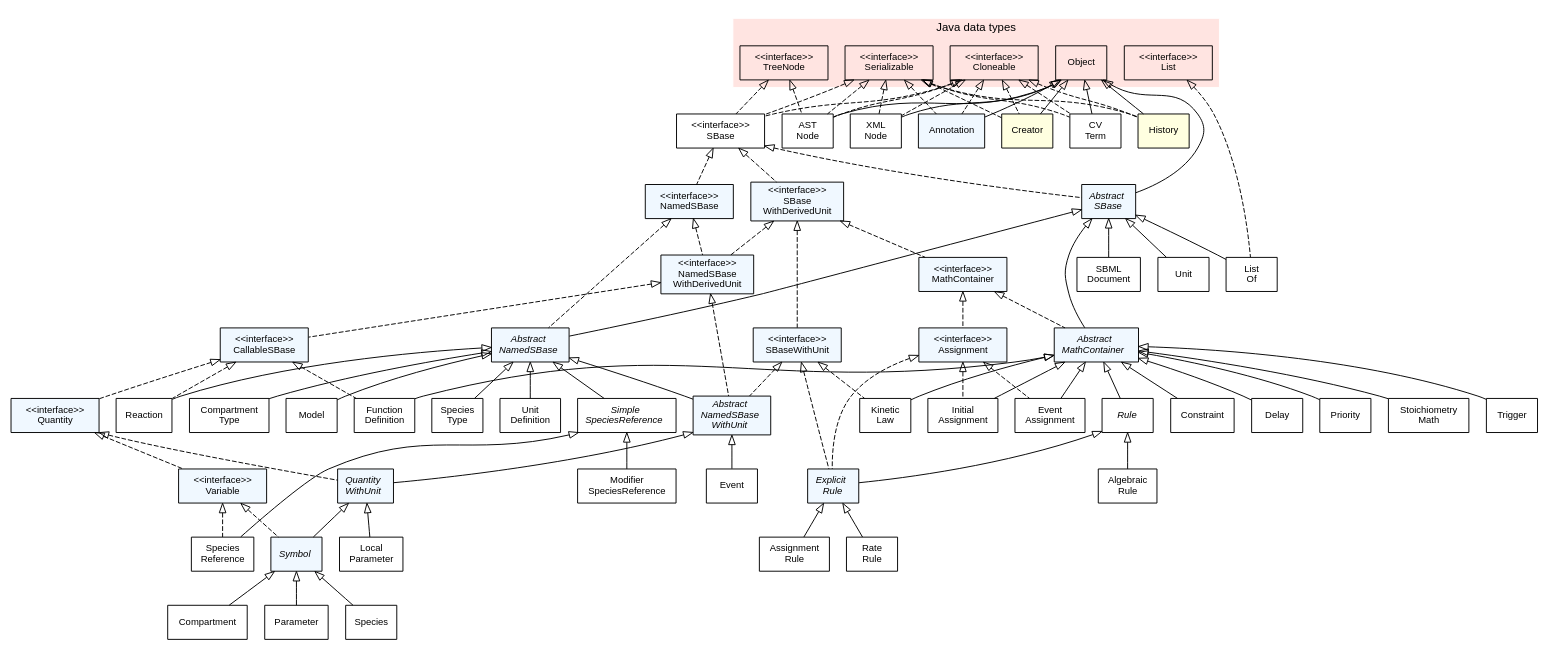
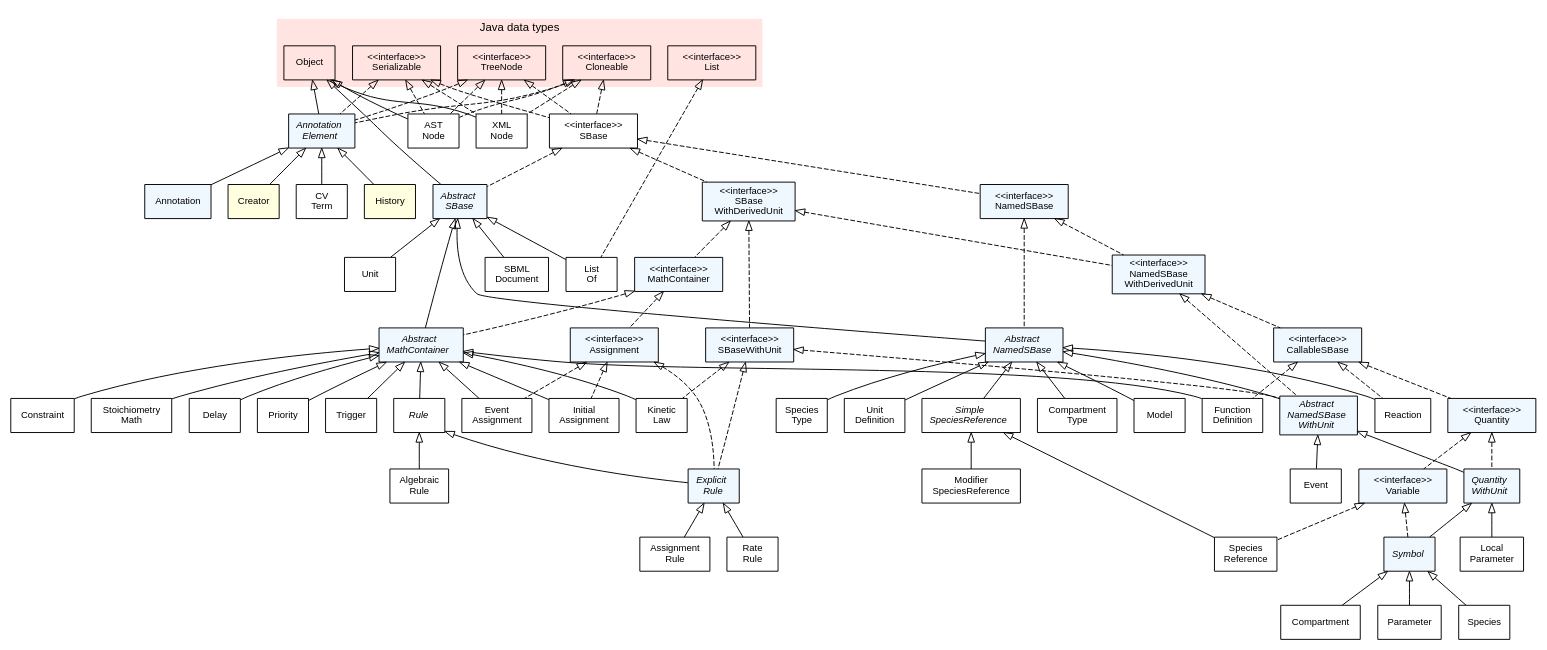
The diagram in doc/img/FullTypeHierarchy.dot (sbmlteam/jsbml), drawn with Graphviz before and after one commit. The commit also changed 49 other files, not shown here.

```diff
--- a/doc/img/FullTypeHierarchy.dot
+++ b/doc/img/FullTypeHierarchy.dot
@@ -65,6 +65,7 @@
   AbstractNamedSBase                       [label=<<font face="Helvetica-Oblique">Abstract<br/>NamedSBase</font>>, style="filled", fillcolor="#F0F8FF"];
   AbstractNamedSBaseWithUnit               [label=<<font face="Helvetica-Oblique">Abstract<br/>NamedSBase<br/>WithUnit</font>>, style="filled", fillcolor="#F0F8FF"];
   AbstractSBase                            [label=<<font face="Helvetica-Oblique">Abstract<br/>SBase</font>>, style="filled", fillcolor="#F0F8FF"];
+  AnnotationElement                        [label=<<font face="Helvetica-Oblique">Annotation<br/>Element</font>>, style="filled", fillcolor="#F0F8FF"];
   ExplicitRule                             [label=<<font face="Helvetica-Oblique">Explicit<br/>Rule</font>>, style="filled", fillcolor="#F0F8FF"];
   Rule                                     [label=<<font face="Helvetica-Oblique">Rule</font>>];
   SimpleSpeciesReference                   [label=<<font face="Helvetica-Oblique">Simple<br/>SpeciesReference</font>>];
@@ -112,7 +113,6 @@
   /*
    * Inheritance
    */
-
   AbstractNamedSBase         -> AbstractNamedSBaseWithUnit [dir=back,arrowtail=empty];
   AbstractNamedSBase         -> CompartmentType            [dir=back,arrowtail=empty];
   AbstractNamedSBase         -> Model                      [dir=back,arrowtail=empty];
@@ -138,17 +138,18 @@
   AbstractMathContainer      -> Rule                       [dir=back,arrowtail=empty];
   AbstractMathContainer      -> StoichiometryMath          [dir=back,arrowtail=empty];
   AbstractMathContainer      -> Trigger                    [dir=back,arrowtail=empty];
+  AnnotationElement          -> Annotation                 [dir=back,arrowtail=empty];
+  AnnotationElement          -> Creator                    [dir=back,arrowtail=empty];
+  AnnotationElement          -> CVTerm                     [dir=back,arrowtail=empty];
+  AnnotationElement          -> History                    [dir=back,arrowtail=empty];
   Assignment                 -> EventAssignment            [dir=back,arrowtail=empty,style=dashed];
   Assignment                 -> ExplicitRule               [dir=back,arrowtail=empty,style=dashed];
   Assignment                 -> InitialAssignment          [dir=back,arrowtail=empty,style=dashed];
   CallableSBase              -> Quantity                   [dir=back,arrowtail=empty,style=dashed];
   CallableSBase              -> FunctionDefinition         [dir=back,arrowtail=empty,style=dashed];
   CallableSBase              -> Reaction                   [dir=back,arrowtail=empty,style=dashed];
-  Cloneable                  -> Annotation                 [dir=back,arrowtail=empty,style=dashed];
+  Cloneable                  -> AnnotationElement          [dir=back,arrowtail=empty,style=dashed];
   Cloneable                  -> ASTNode                    [dir=back,arrowtail=empty,style=dashed];
-  Cloneable                  -> Creator                    [dir=back,arrowtail=empty,style=dashed];
-  Cloneable                  -> CVTerm                     [dir=back,arrowtail=empty,style=dashed];
-  Cloneable                  -> History                    [dir=back,arrowtail=empty,style=dashed];
   Cloneable                  -> SBase                      [dir=back,arrowtail=empty,style=dashed];
   Cloneable                  -> XMLNode                    [dir=back,arrowtail=empty,style=dashed];
   ExplicitRule               -> AssignmentRule             [dir=back,arrowtail=empty];
@@ -161,11 +162,8 @@
   NamedSBaseWithDerivedUnit  -> AbstractNamedSBaseWithUnit [dir=back,arrowtail=empty,style=dashed];
   NamedSBaseWithDerivedUnit  -> CallableSBase              [dir=back,arrowtail=empty,style=dashed];
   Object                     -> AbstractSBase              [dir=back,arrowtail=empty];
-  Object                     -> Annotation                 [dir=back,arrowtail=empty];
+  Object                     -> AnnotationElement          [dir=back,arrowtail=empty];
   Object                     -> ASTNode                    [dir=back,arrowtail=empty];
-  Object                     -> Creator                    [dir=back,arrowtail=empty];
-  Object                     -> CVTerm                     [dir=back,arrowtail=empty];
-  Object                     -> History                    [dir=back,arrowtail=empty];
   Object                     -> XMLNode                    [dir=back,arrowtail=empty];
   Quantity                   -> QuantityWithUnit           [dir=back,arrowtail=empty,style=dashed];
   Quantity                   -> Variable                   [dir=back,arrowtail=empty,style=dashed];
@@ -184,18 +182,17 @@
   SBaseWithUnit              -> KineticLaw                 [dir=back,arrowtail=empty,style=dashed];
   SimpleSpeciesReference     -> ModifierSpeciesReference   [dir=back,arrowtail=empty];
   SimpleSpeciesReference     -> SpeciesReference           [dir=back,arrowtail=empty];
-  Serializable               -> Annotation                 [dir=back,arrowtail=empty,style=dashed];
+  Serializable               -> AnnotationElement          [dir=back,arrowtail=empty,style=dashed];
   Serializable               -> ASTNode                    [dir=back,arrowtail=empty,style=dashed];
-  Serializable               -> Creator                    [dir=back,arrowtail=empty,style=dashed];
-  Serializable               -> CVTerm                     [dir=back,arrowtail=empty,style=dashed];
-  Serializable               -> History                    [dir=back,arrowtail=empty,style=dashed];
   Serializable               -> SBase                      [dir=back,arrowtail=empty,style=dashed];
   Serializable               -> XMLNode                    [dir=back,arrowtail=empty,style=dashed];
   Symbol                     -> Compartment                [dir=back,arrowtail=empty];
   Symbol                     -> Parameter                  [dir=back,arrowtail=empty];
   Symbol                     -> Species                    [dir=back,arrowtail=empty];
   TreeNode                   -> ASTNode                    [dir=back,arrowtail=empty,style=dashed];
+  TreeNode                   -> AnnotationElement          [dir=back,arrowtail=empty,style=dashed];
   TreeNode                   -> SBase                      [dir=back,arrowtail=empty,style=dashed];
+  TreeNode                   -> XMLNode                    [dir=back,arrowtail=empty,style=dashed];
   Variable                   -> SpeciesReference           [dir=back,arrowtail=empty,style=dashed];
   Variable                   -> Symbol                     [dir=back,arrowtail=empty,style=dashed];
 }
```
